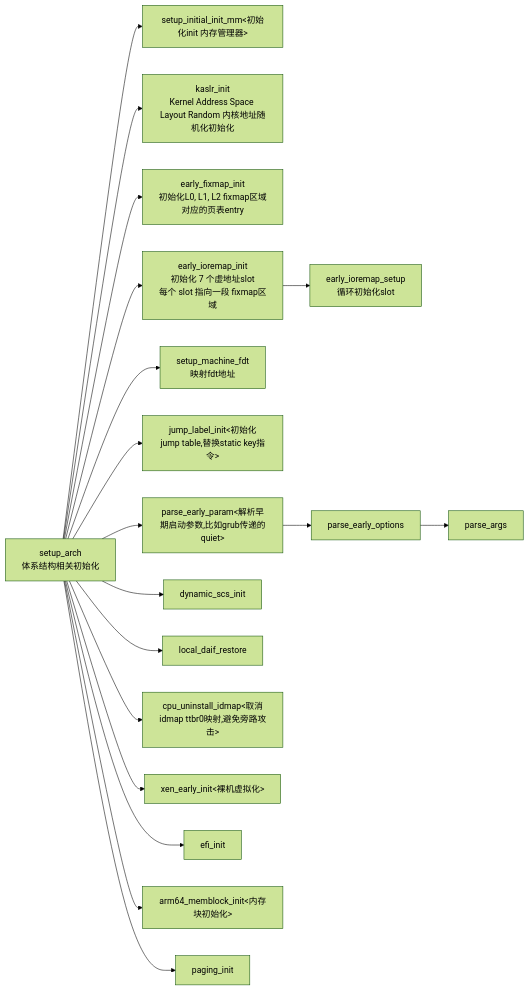
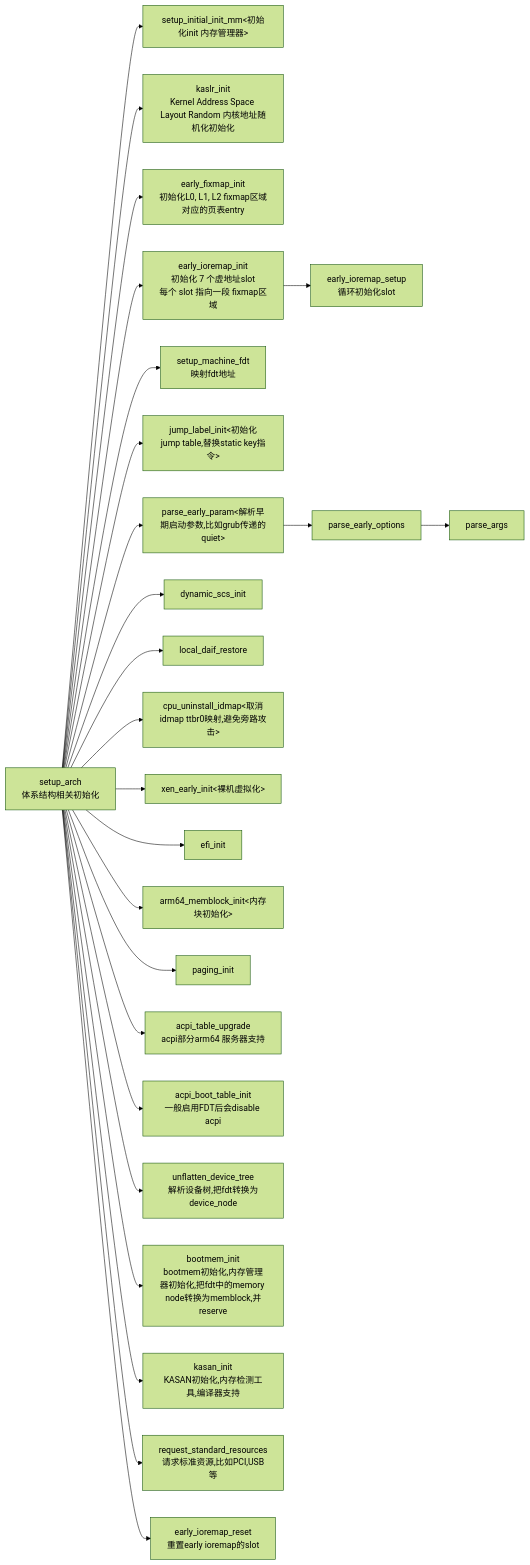
One commit to hml1006/linux changed the second of 9 diagrams in notes/start_kernel.md. Above: the diagram before and after it, drawn with Mermaid (forest theme). The commit also changed other lines of this file, not shown here.

Commit message:
更新setup_arch

````diff
--- a/notes/start_kernel.md
+++ b/notes/start_kernel.md
@@ -31,21 +31,28 @@
 ```mermaid
 flowchart LR
 sa[setup_arch<br/>体系结构相关初始化]
 sa--> setup_initial_init_mm[setup_initial_init_mm<初始化init 内存管理器>]
 sa--> kaslr_init[kaslr_init<br/>Kernel Address Space Layout Random 内核地址随机化初始化]
 sa--> fixmap[early_fixmap_init<br/>初始化L0, L1, L2 fixmap区域对应的页表entry]
 sa--> early_ioremap_init[early_ioremap_init<br/>初始化 7 个虚地址slot<br/>每个 slot 指向一段 fixmap区域]
 early_ioremap_init--> early_ioremap_setup[early_ioremap_setup<br/>循环初始化slot]
 sa--> smf[setup_machine_fdt<br/>映射fdt地址]
 sa--> jli[jump_label_init<初始化jump table,替换static key指令>]
 sa--> parse_early_param[parse_early_param<解析早期启动参数,比如grub传递的quiet>]
 parse_early_param--> parse_early_options[parse_early_options]
 parse_early_options--> parse_args
 sa--> dynamic_scs_init[dynamic_scs_init<Shadow Call Stack, 影子调用栈,栈保护功能,把FP和LR放影子调用栈,防止缓冲区溢出攻击等,需要编译器支持>]
 sa--> local_daif_restore[local_daif_restore<mask irq,fiq>]
 sa--> cui[cpu_uninstall_idmap<取消idmap ttbr0映射,避免旁路攻击>]
 sa--> xen_early_init[xen_early_init<裸机虚拟化>]
 sa--> efi_init[efi_init<efi初始化,主要是根据efi的表构造memory map,efi数据在fdt>]
 sa--> arm64_memblock_init[arm64_memblock_init<内存块初始化>]
 sa--> paging_init[paging_init]
+sa--> acpi_table_upgrade[acpi_table_upgrade<br/>acpi部分arm64 服务器支持]
+sa--> acpi_boot_table_init[acpi_boot_table_init<br/>一般启用FDT后会disable acpi]
+sa--> unflatten_device_tree[unflatten_device_tree<br/>解析设备树,把fdt转换为device_node]
+sa--> bootmem_init[bootmem_init<br/>bootmem初始化,内存管理器初始化,把fdt中的memory node转换为memblock,并reserve]
+sa--> kasan_init[kasan_init<br/>KASAN初始化,内存检测工具,编译器支持]
+sa--> request_standard_resources[request_standard_resources<br/>请求标准资源,比如PCI,USB等]
+sa--> early_ioremap_reset[early_ioremap_reset<br/>重置early ioremap的slot]
 ```
````
